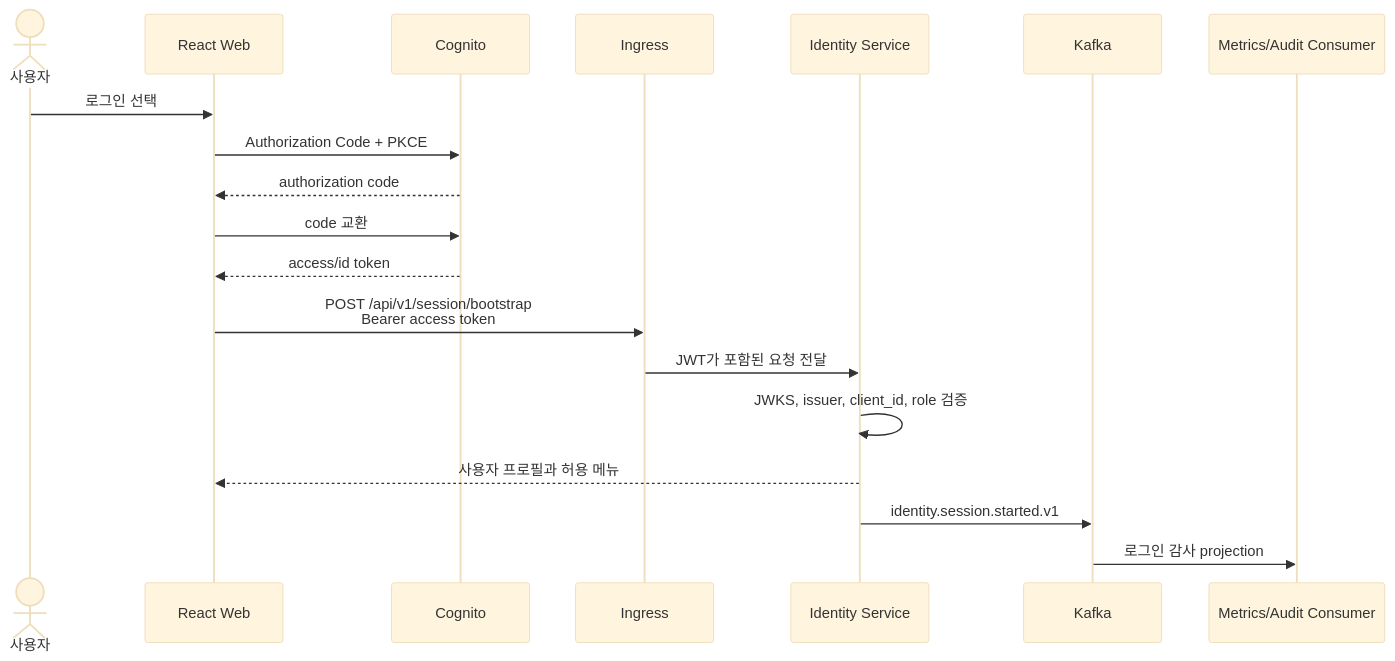
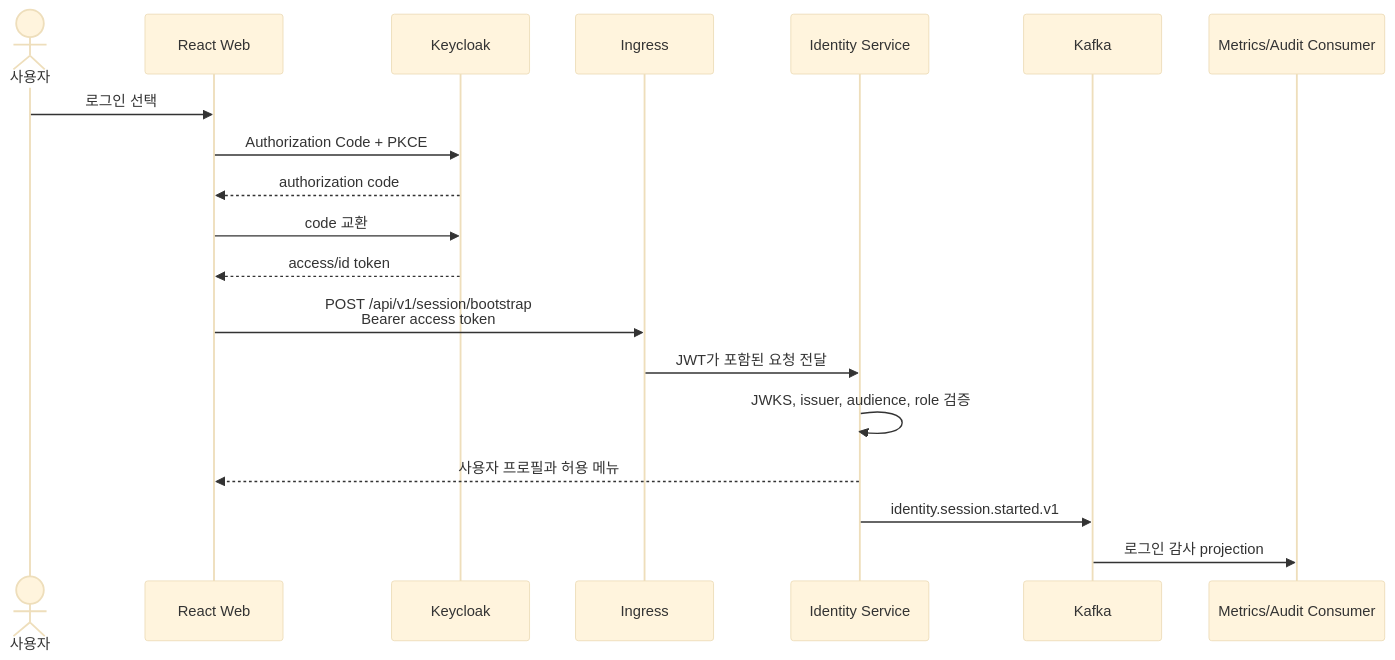
The second of 3 diagrams in docs/msa-kafka-design.md (choiseongjun/AX-sentinel), drawn with Mermaid (base theme) before and after one commit. The commit also changed other lines of this file and 3 other files, not shown here.

````diff
--- a/docs/msa-kafka-design.md
+++ b/docs/msa-kafka-design.md
@@ -135,22 +153,22 @@
 ```mermaid
 sequenceDiagram
     actor U as 사용자
     participant W as React Web
-    participant C as Cognito
+    participant C as Keycloak
     participant I as Ingress
     participant ID as Identity Service
     participant K as Kafka
     participant M as Metrics/Audit Consumer
 
     U->>W: 로그인 선택
     W->>C: Authorization Code + PKCE
     C-->>W: authorization code
     W->>C: code 교환
     C-->>W: access/id token
     W->>I: POST /api/v1/session/bootstrap<br/>Bearer access token
     I->>ID: JWT가 포함된 요청 전달
-    ID->>ID: JWKS, issuer, client_id, role 검증
+    ID->>ID: JWKS, issuer, audience, role 검증
     ID-->>W: 사용자 프로필과 허용 메뉴
     ID->>K: identity.session.started.v1
     K->>M: 로그인 감사 projection
 ```
````
